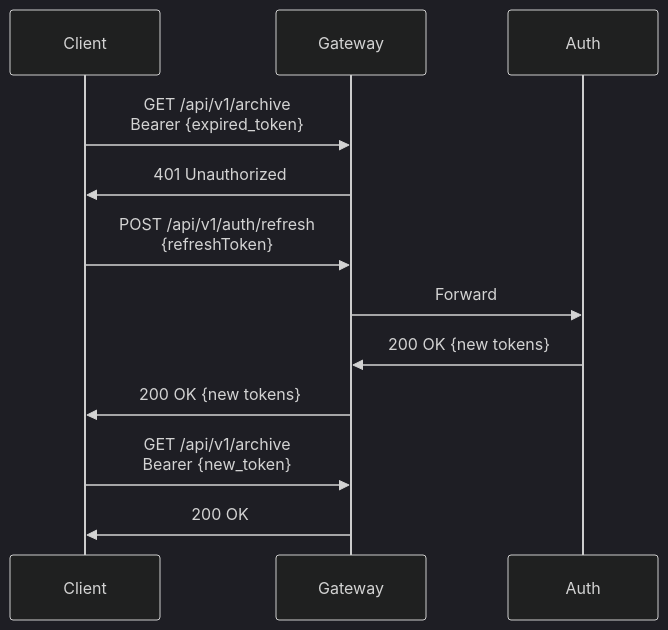
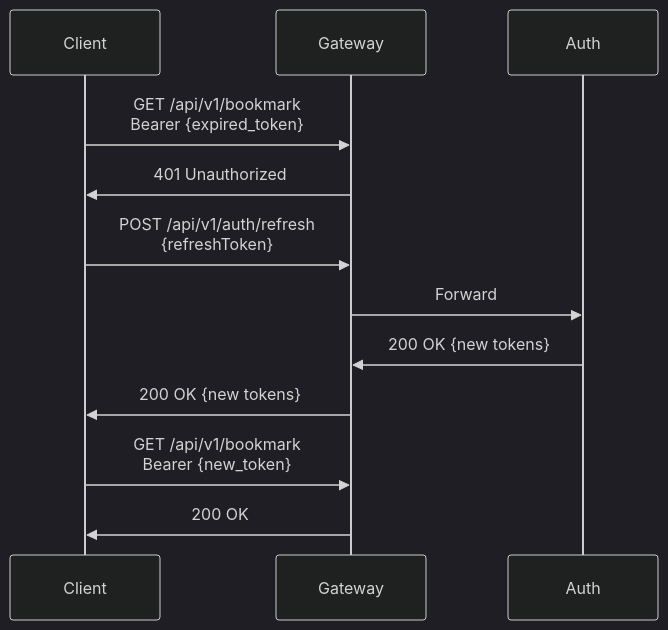
Before and after one commit to thswlsqls/tech-n-ai: the first of 2 diagrams in docs/reference/API-SPECIFICATION.md, drawn with Mermaid (dark theme). The commit also changed other lines of this file and 68 other files, not shown here.

````diff
--- a/docs/reference/API-SPECIFICATION.md
+++ b/docs/reference/API-SPECIFICATION.md
@@ -424,15 +757,15 @@
 ```mermaid
 sequenceDiagram
     participant Client
     participant Gateway
     participant Auth
 
-    Client->>Gateway: GET /api/v1/archive<br/>Bearer {expired_token}
+    Client->>Gateway: GET /api/v1/bookmark<br/>Bearer {expired_token}
     Gateway->>Client: 401 Unauthorized
     Client->>Gateway: POST /api/v1/auth/refresh<br/>{refreshToken}
     Gateway->>Auth: Forward
     Auth->>Gateway: 200 OK {new tokens}
     Gateway->>Client: 200 OK {new tokens}
-    Client->>Gateway: GET /api/v1/archive<br/>Bearer {new_token}
+    Client->>Gateway: GET /api/v1/bookmark<br/>Bearer {new_token}
     Gateway->>Client: 200 OK
 ```
````
